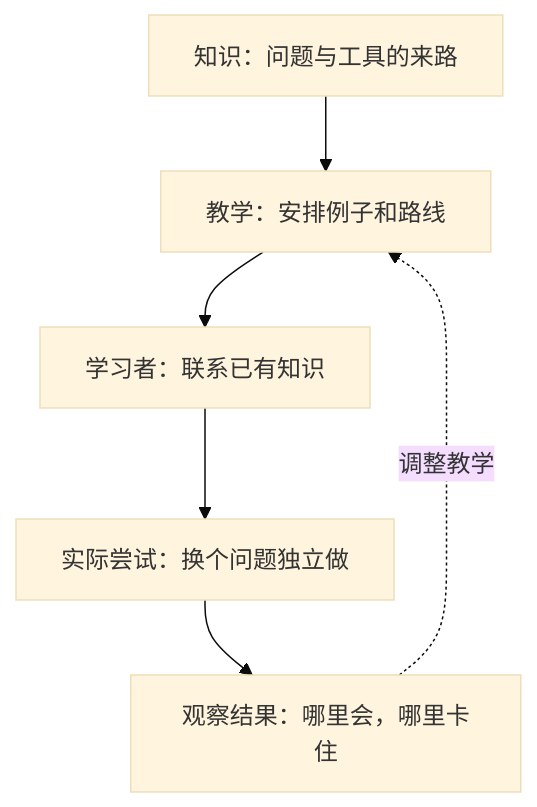
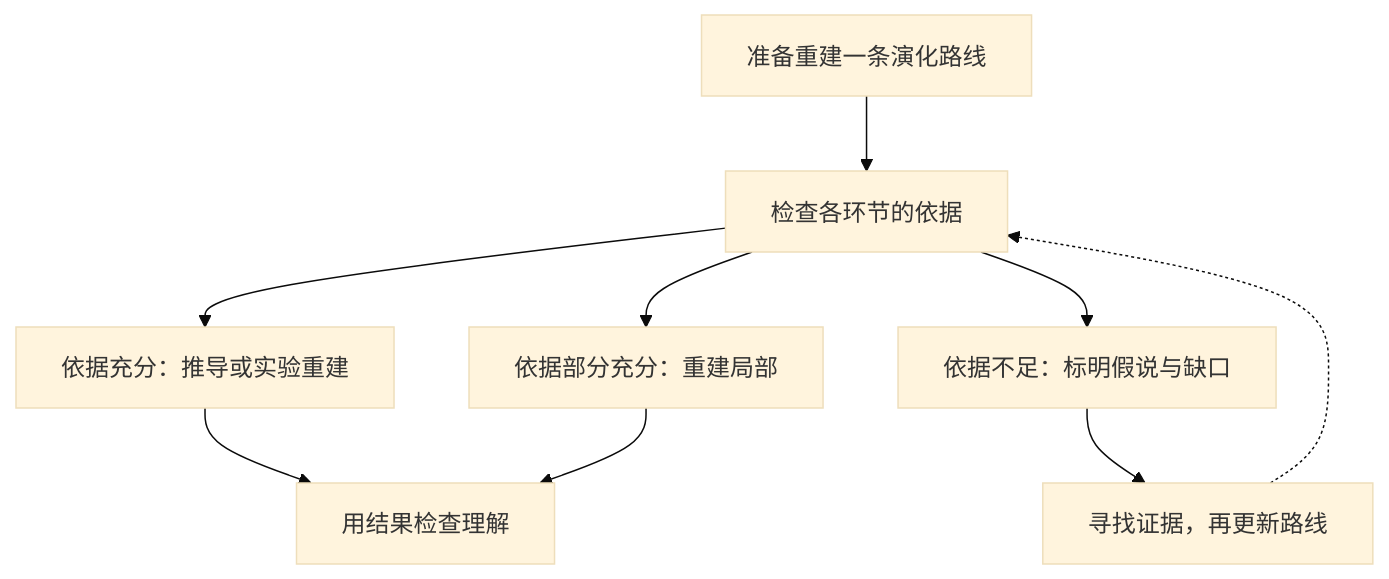
One commit to xiaoheng008/pages changed the third of 3 diagrams in content/blog/evo-learn-effectiveness-limits.zh.md. Above: the diagram before and after it, drawn with Mermaid (base theme). The commit also changed other lines of this file and 1 other file, not shown here.

````diff
--- a/content/blog/evo-learn-effectiveness-limits.zh.md
+++ b/content/blog/evo-learn-effectiveness-limits.zh.md
@@ -72,8 +120,11 @@
 ```mermaid
 flowchart TD
-  A[知识：问题与工具的来路] --> B[教学：安排例子和路线]
-  B --> C[学习者：联系已有知识]
-  C --> D[实际尝试：换个问题独立做]
-  D --> E[观察结果：哪里会，哪里卡住]
-  E -. 调整教学 .-> B
+  A[准备重建一条演化路线] --> B[检查各环节的依据]
+  B --> C[依据充分：推导或实验重建]
+  B --> D[依据部分充分：重建局部]
+  B --> E[依据不足：标明假说与缺口]
+  C --> F[用结果检查理解]
+  D --> F
+  E --> G[寻找证据，再更新路线]
+  G -.-> B
 ```
````
